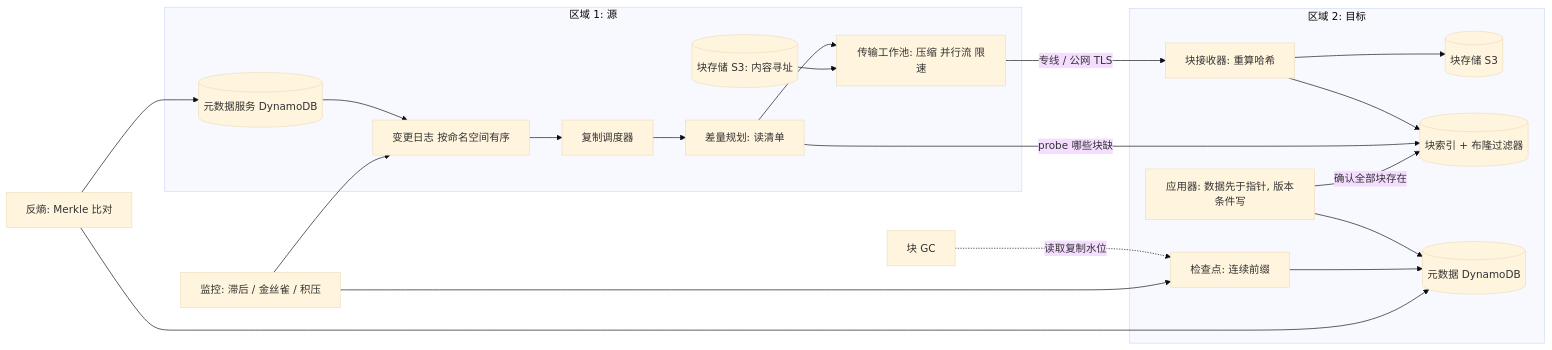
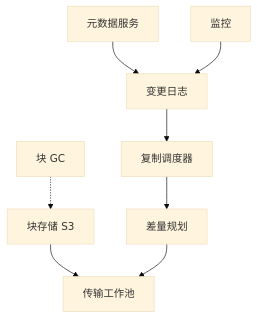
Before and after one commit to ChiChasesCheese/trellis: the first of 4 diagrams in vault/interviews/core/system-design/sd04-fs-replication.md, drawn with Mermaid (base theme). The commit also changed other lines of this file and 69 other files, not shown here.

First line of the commit message:
Rewrite pass to WRITING_RULES: SD01-07, LLD amazon leaves 5-12, coding notes + cards; diagrams fit the page

````diff
--- a/vault/interviews/core/system-design/sd04-fs-replication.md
+++ b/vault/interviews/core/system-design/sd04-fs-replication.md
@@ -101,25 +114,10 @@
 ```mermaid
-flowchart LR
-    subgraph R1["区域 1: 源"]
-        META1[("元数据服务 DynamoDB")] --> LOG["变更日志 按命名空间有序"]
-        STORE1[("块存储 S3: 内容寻址")]
-        SCHED["复制调度器"] --> PLAN["差量规划: 读清单"]
-        LOG --> SCHED
-        PLAN --> SEND["传输工作池: 压缩 并行流 限速"]
-        STORE1 --> SEND
-    end
-    SEND -->|"专线 / 公网 TLS"| RECV
-    subgraph R2["区域 2: 目标"]
-        RECV["块接收器: 重算哈希"] --> STORE2[("块存储 S3")]
-        RECV --> IDX[("块索引 + 布隆过滤器")]
-        APPLY["应用器: 数据先于指针, 版本条件写"] --> META2[("元数据 DynamoDB")]
-        CKPT["检查点: 连续前缀"] --> META2
-    end
-    PLAN -->|"probe 哪些块缺"| IDX
-    APPLY -->|"确认全部块存在"| IDX
-    GC["块 GC"] -.->|"读取复制水位"| CKPT
-    AE["反熵: Merkle 比对"] --> META1
-    AE --> META2
-    MON["监控: 滞后 / 金丝雀 / 积压"] --> LOG
-    MON --> CKPT
+flowchart TB
+    META1["元数据服务"] --> LOG["变更日志"]
+    LOG --> SCHED["复制调度器"]
+    SCHED --> PLAN["差量规划"]
+    STORE1["块存储 S3"] --> SEND["传输工作池"]
+    PLAN --> SEND
+    GC["块 GC"] -.-> STORE1
+    MON["监控"] --> LOG
 ```
````
